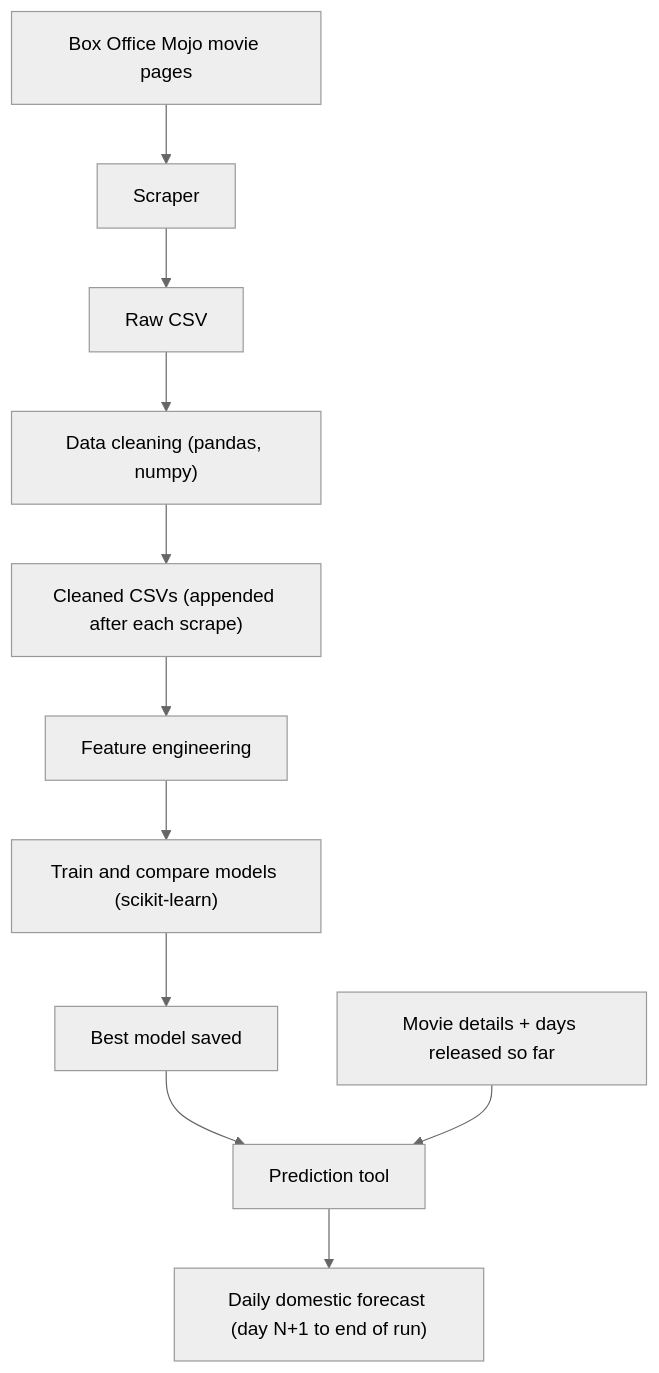
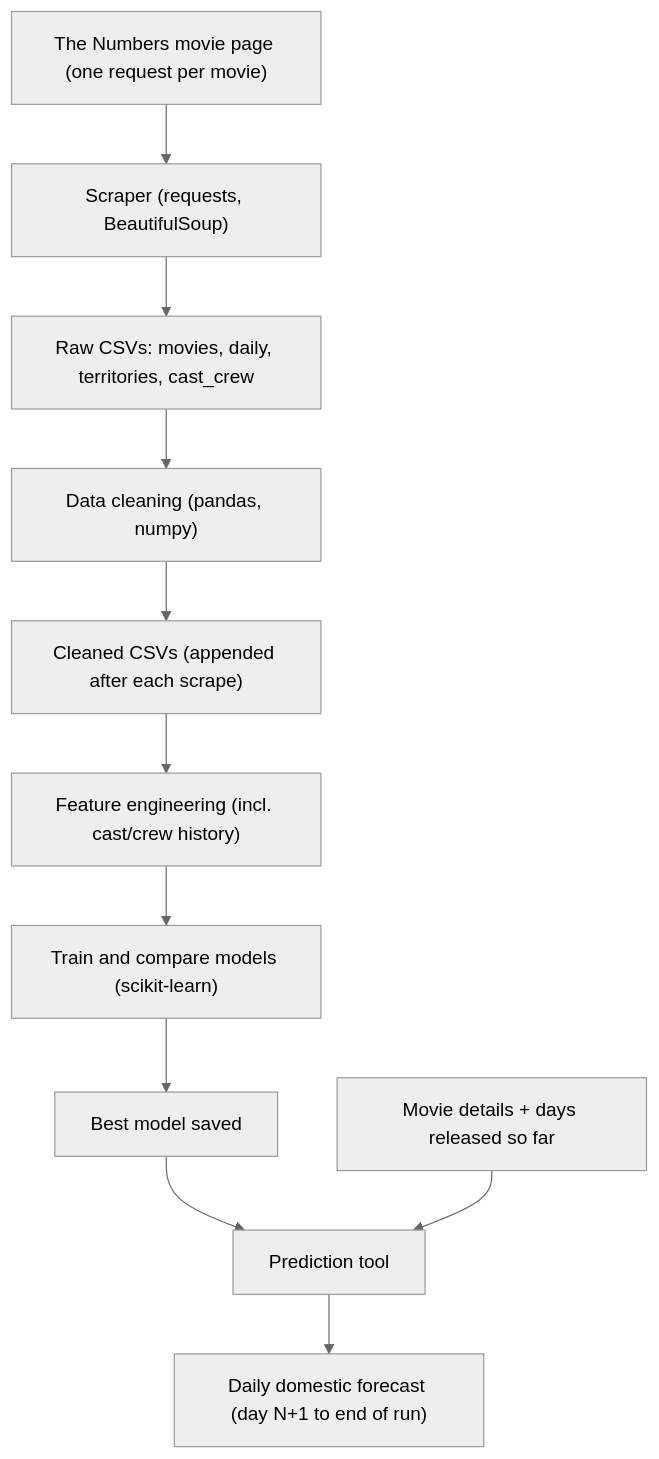
The diagram in README.md (GiorgiEz/Movie-Box-Office-Prediction), drawn with Mermaid (neutral theme) before and after one commit. The commit also changed other lines of this file, not shown here.

````diff
--- a/README.md
+++ b/README.md
@@ -16,13 +20,13 @@
 ```mermaid
 flowchart TD
-    A["Box Office Mojo movie pages"] --> B["Scraper"]
-    B --> C["Raw CSV"]
+    A["The Numbers movie page (one request per movie)"] --> B["Scraper (requests, BeautifulSoup)"]
+    B --> C["Raw CSVs: movies, daily, territories, cast_crew"]
     C --> D["Data cleaning (pandas, numpy)"]
     D --> E["Cleaned CSVs (appended after each scrape)"]
-    E --> F["Feature engineering"]
+    E --> F["Feature engineering (incl. cast/crew history)"]
     F --> G["Train and compare models (scikit-learn)"]
     G --> H["Best model saved"]
     H --> I["Prediction tool"]
     J["Movie details + days released so far"] --> I
     I --> K["Daily domestic forecast (day N+1 to end of run)"]
 ```
````
